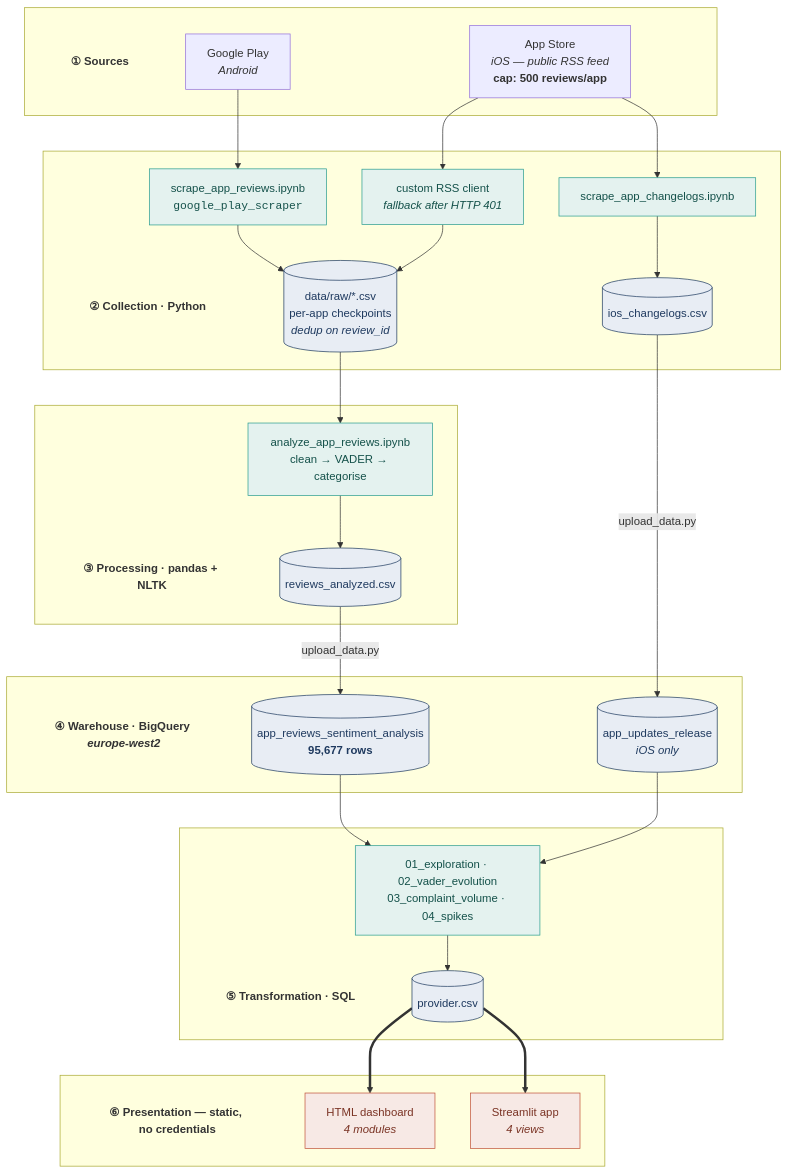
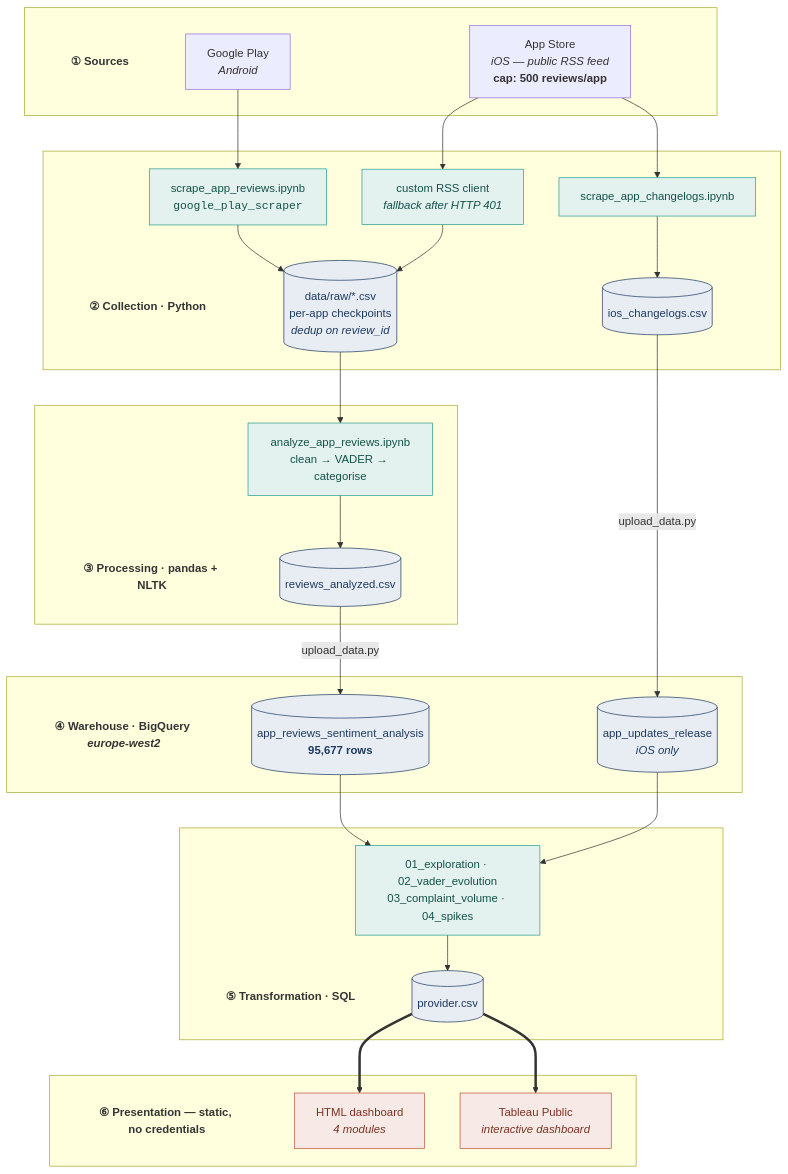
The first of 2 diagrams in README.md (tomasb1805/banking-apps-sentiment-scoring), drawn with Mermaid before and after one commit. The commit also changed 14 other files, not shown here.

First line of the commit message:
Remove the Streamlit dashboard in favour of Tableau Public

````diff
--- a/README.md
+++ b/README.md
@@ -104,66 +104,66 @@
 ```mermaid
 flowchart TB
     subgraph SRC[" "]
         SRCT["① Sources"]
         GP["Google Play<br/><i>Android</i>"]
         AS["App Store<br/><i>iOS — public RSS feed</i><br/><b>cap: 500 reviews/app</b>"]
     end
 
     subgraph COL[" "]
         COLT["② Collection · Python"]
         SC1["scrape_app_reviews.ipynb<br/><code>google_play_scraper</code>"]
         SC2["custom RSS client<br/><i>fallback after HTTP 401</i>"]
         SC3["scrape_app_changelogs.ipynb"]
         CKPT[("data/raw/*.csv<br/>per-app checkpoints<br/><i>dedup on review_id</i>")]
         VERS[("ios_changelogs.csv")]
     end
 
     subgraph PROC[" "]
         PROCT["③ Processing · pandas + NLTK"]
         CLEAN["analyze_app_reviews.ipynb<br/>clean → VADER → categorise"]
         OUT[("reviews_analyzed.csv")]
     end
 
     subgraph BQ[" "]
         BQT["④ Warehouse · BigQuery <i>europe-west2</i>"]
         FACT[("app_reviews_sentiment_analysis<br/><b>95,677 rows</b>")]
         REL[("app_updates_release<br/><i>iOS only</i>")]
     end
 
     subgraph SQL[" "]
         SQLT["⑤ Transformation · SQL"]
         Q["01_exploration · 02_vader_evolution<br/>03_complaint_volume · 04_spikes"]
         EXP[("provider.csv")]
     end
 
     subgraph PRES[" "]
         PREST["⑥ Presentation — static, no credentials"]
         HTML["HTML dashboard<br/><i>4 modules</i>"]
-        ST["Streamlit app<br/><i>4 views</i>"]
+        TAB["Tableau Public<br/><i>interactive dashboard</i>"]
     end
 
     GP --> SC1 --> CKPT
     AS --> SC2 --> CKPT
     AS --> SC3 --> VERS
 
     CKPT --> CLEAN --> OUT
     OUT -->|upload_data.py| FACT
     VERS -->|upload_data.py| REL
 
     FACT --> Q
     REL --> Q
     Q --> EXP
 
     EXP ==> HTML
-    EXP ==> ST
+    EXP ==> TAB
 
     classDef hdr fill:none,stroke:none,font-weight:bold
     class SRCT,COLT,PROCT,BQT,SQLT,PREST hdr
     classDef store fill:#E8EDF4,stroke:#1F3A5F,stroke-width:1px,color:#1F3A5F
     classDef proc fill:#E4F2EF,stroke:#2A9D8F,stroke-width:1px,color:#14514A
     classDef pres fill:#F7E9E5,stroke:#C0533A,stroke-width:1px,color:#7A3324
     class CKPT,VERS,OUT,FACT,REL,EXP store
     class SC1,SC2,SC3,CLEAN,Q proc
-    class HTML,ST pres
+    class HTML,TAB pres
 
 ```
````
